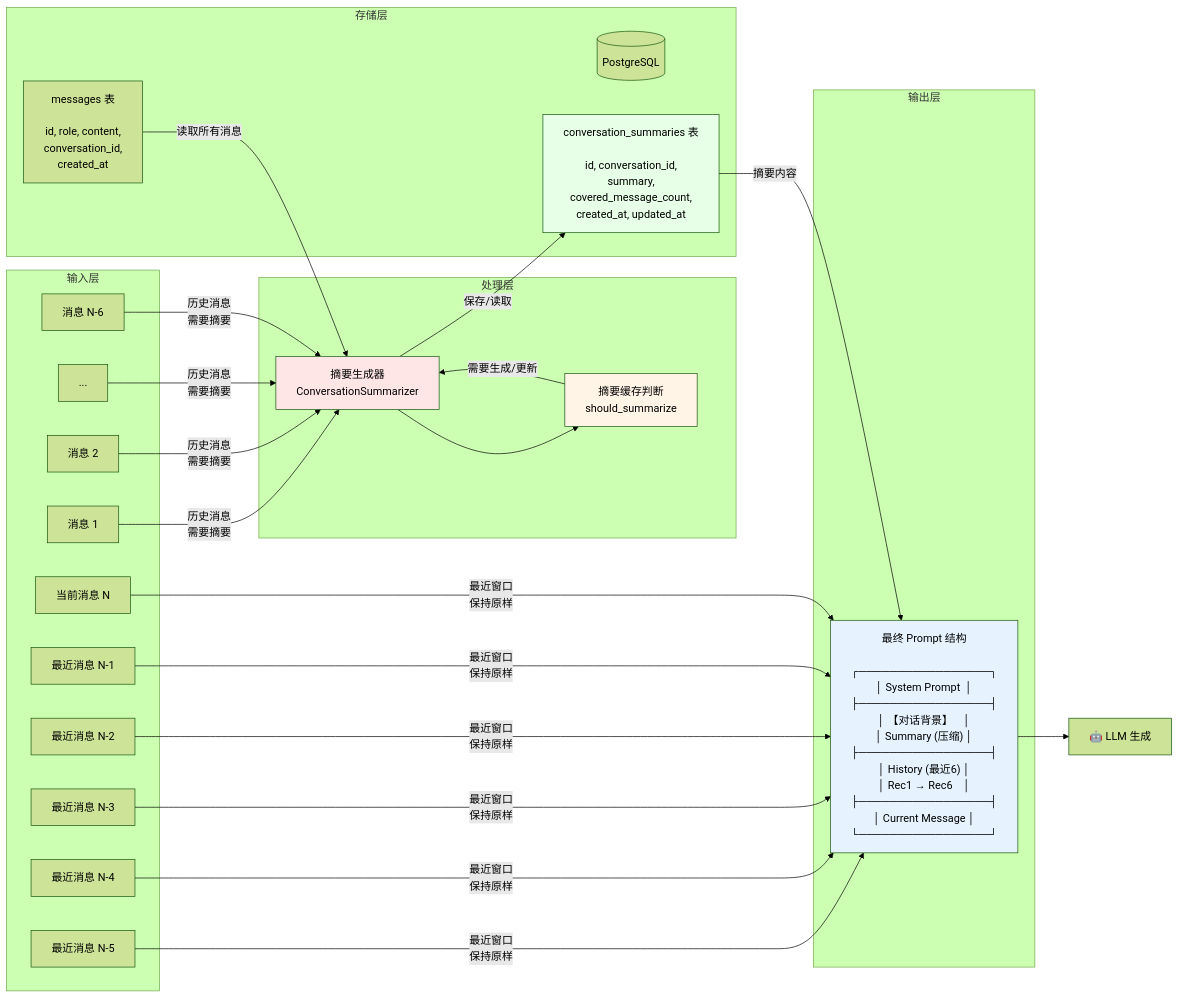
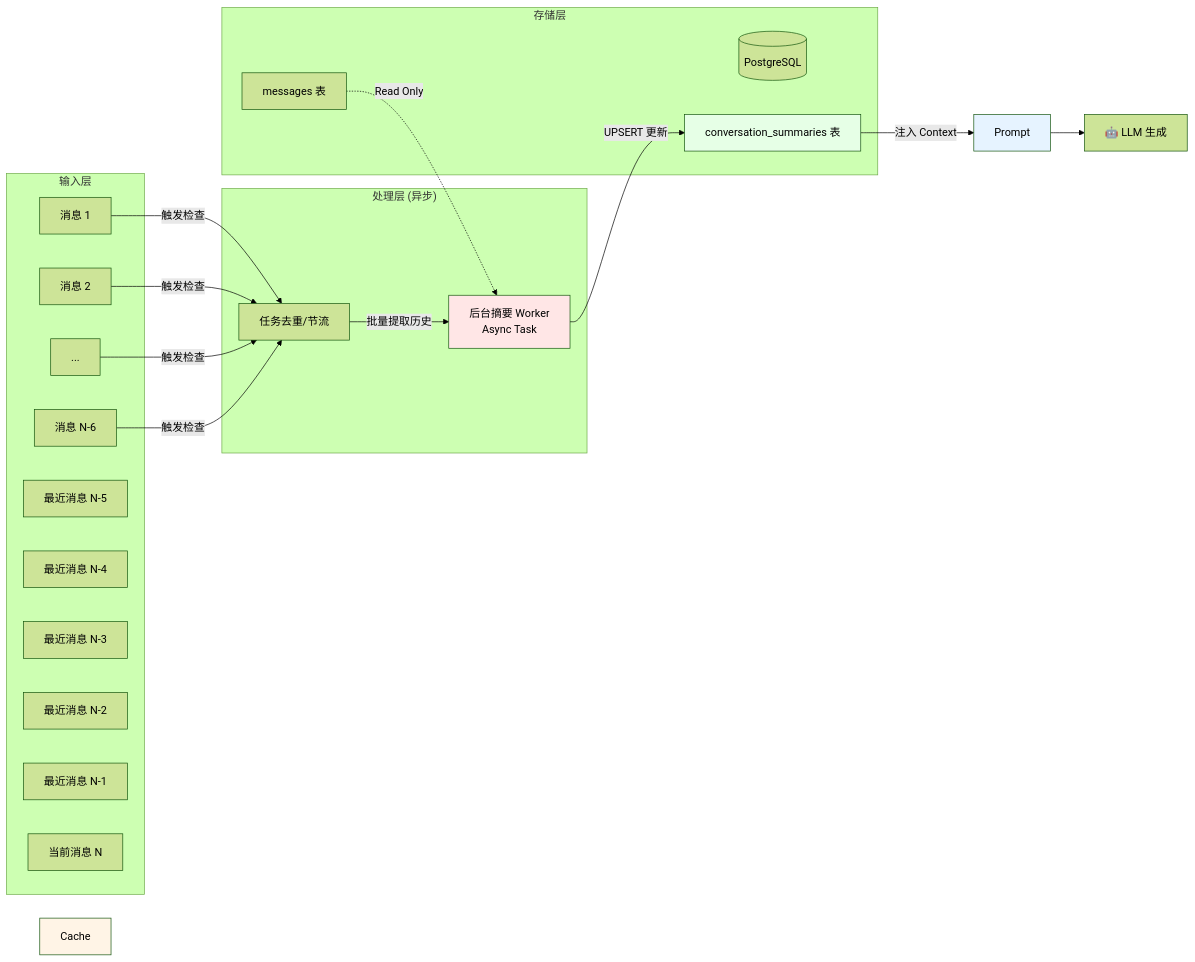
One commit to stormJun/movie_agent changed the first of 6 diagrams in docs/1.1.4/1.1.4.1/chat-history-evolution.md. Above: the diagram before and after it, drawn with Mermaid (forest theme). The commit also changed other lines of this file, not shown here.

````diff
--- a/docs/1.1.4/1.1.4.1/chat-history-evolution.md
+++ b/docs/1.1.4/1.1.4.1/chat-history-evolution.md
@@ -139,46 +140,39 @@
 ```mermaid
 flowchart LR
     subgraph Input["输入层"]
         Msg1[消息 1]
         Msg2[消息 2]
         Msg3[...]
         MsgN[消息 N-6]
         Rec1[最近消息 N-5]
         Rec2[最近消息 N-4]
         Rec3[最近消息 N-3]
         Rec4[最近消息 N-2]
         Rec5[最近消息 N-1]
         Rec6[当前消息 N]
     end
 
-    subgraph Process["处理层"]
-        Summ[摘要生成器<br/>ConversationSummarizer]
-        Cache[摘要缓存判断<br/>should_summarize]
+    subgraph Process["处理层 (异步)"]
+        Summ[后台摘要 Worker<br/>Async Task]
+        Queue[任务去重/节流]
     end
 
     subgraph Storage["存储层"]
         DB[(PostgreSQL)]
-        Table1[messages 表<br/><br/>id, role, content,<br/>conversation_id,<br/>created_at]
-        Table2[conversation_summaries 表<br/><br/>id, conversation_id,<br/>summary,<br/>covered_message_count,<br/>created_at, updated_at]
+        Table1[messages 表]
+        Table2[conversation_summaries 表]
     end
 
-    subgraph Output["输出层"]
-        Prompt["最终 Prompt 结构<br/><br/>┌─────────────────┐<br/>│ System Prompt  │<br/>├─────────────────┤<br/>│ 【对话背景】    │<br/>│ Summary (压缩) │<br/>├─────────────────┤<br/>│ History (最近6) │<br/>│ Rec1 → Rec6    │<br/>├─────────────────┤<br/>│ Current Message │<br/>└─────────────────┘"]
-    end
-
-    Msg1 & Msg2 & Msg3 & MsgN -->|历史消息<br/>需要摘要| Summ
-    Rec1 & Rec2 & Rec3 & Rec4 & Rec5 & Rec6 -->|最近窗口<br/>保持原样| Prompt
-
-    Summ --> Cache
-    Cache -->|需要生成/更新| Summ
-    Summ -->|保存/读取| Table2
-    Table1 -->|读取所有消息| Summ
-
-    Table2 -->|摘要内容| Prompt
+    Msg1 & Msg2 & Msg3 & MsgN -->|触发检查| Queue
+    Queue -->|批量提取历史| Summ
+    Summ -->|UPSERT 更新| Table2
+    
+    Table1 -.->|Read Only| Summ
+    Table2 -->|注入 Context| Prompt
     Prompt --> LLM[🤖 LLM 生成]
 
     style Summ fill:#ffe6e6
     style Cache fill:#fff4e6
     style Prompt fill:#e6f3ff
     style Table2 fill:#e6ffe6
 ```
````
